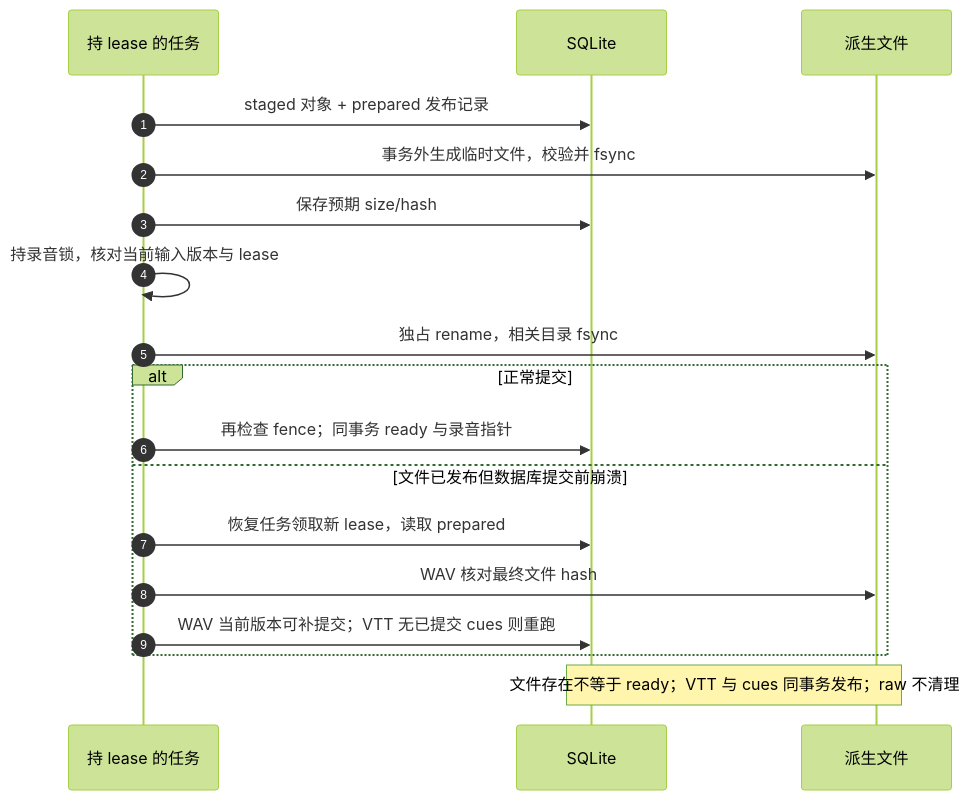
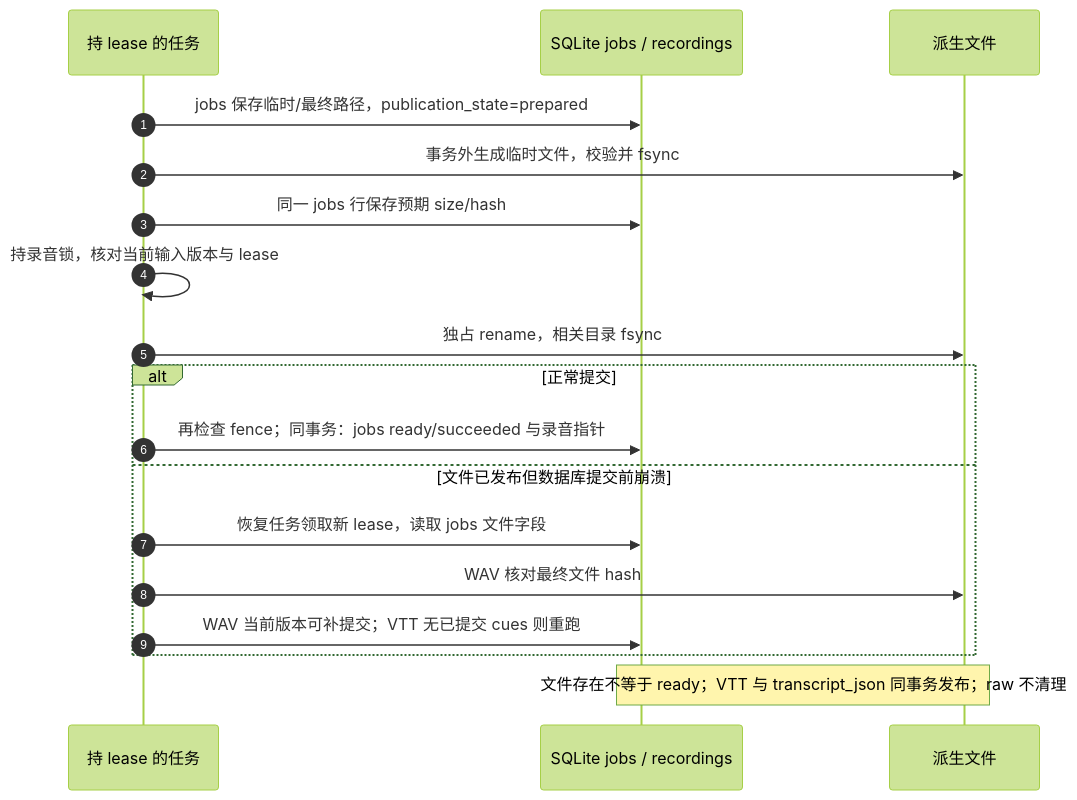
One commit to boboliu-1010/speaker changed the diagram in docs/assets/diagrams/06-file-database-publication.mmd. Above: the diagram before and after it, drawn with Mermaid (forest theme). The commit also changed 21 other files, not shown here.

```diff
--- a/docs/assets/diagrams/06-file-database-publication.mmd
+++ b/docs/assets/diagrams/06-file-database-publication.mmd
@@ -1,18 +1,18 @@
 sequenceDiagram
     autonumber
     participant J as 持 lease 的任务
-    participant B as SQLite
+    participant B as SQLite jobs / recordings
     participant F as 派生文件
-    J->>B: staged 对象 + prepared 发布记录
+    J->>B: jobs 保存临时/最终路径，publication_state=prepared
     J->>F: 事务外生成临时文件，校验并 fsync
-    J->>B: 保存预期 size/hash
+    J->>B: 同一 jobs 行保存预期 size/hash
     J->>J: 持录音锁，核对当前输入版本与 lease
     J->>F: 独占 rename，相关目录 fsync
     alt 正常提交
-        J->>B: 再检查 fence；同事务 ready 与录音指针
+        J->>B: 再检查 fence；同事务：jobs ready/succeeded 与录音指针
     else 文件已发布但数据库提交前崩溃
-        J->>B: 恢复任务领取新 lease，读取 prepared
+        J->>B: 恢复任务领取新 lease，读取 jobs 文件字段
         J->>F: WAV 核对最终文件 hash
         J->>B: WAV 当前版本可补提交；VTT 无已提交 cues 则重跑
     end
-    Note over B,F: 文件存在不等于 ready；VTT 与 cues 同事务发布；raw 不清理
+    Note over B,F: 文件存在不等于 ready；VTT 与 transcript_json 同事务发布；raw 不清理
```
